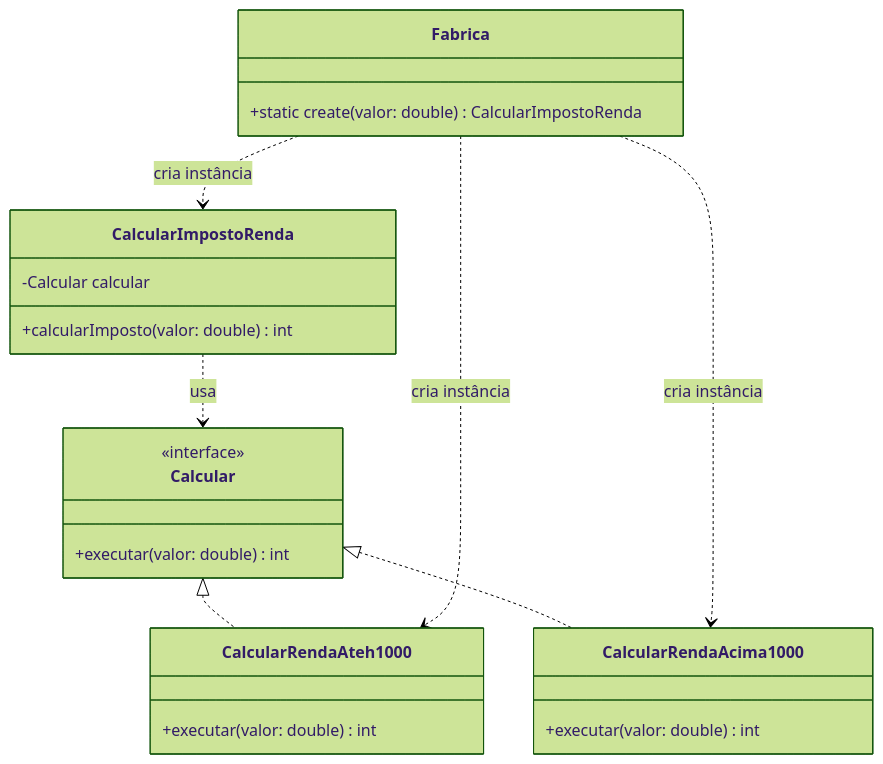
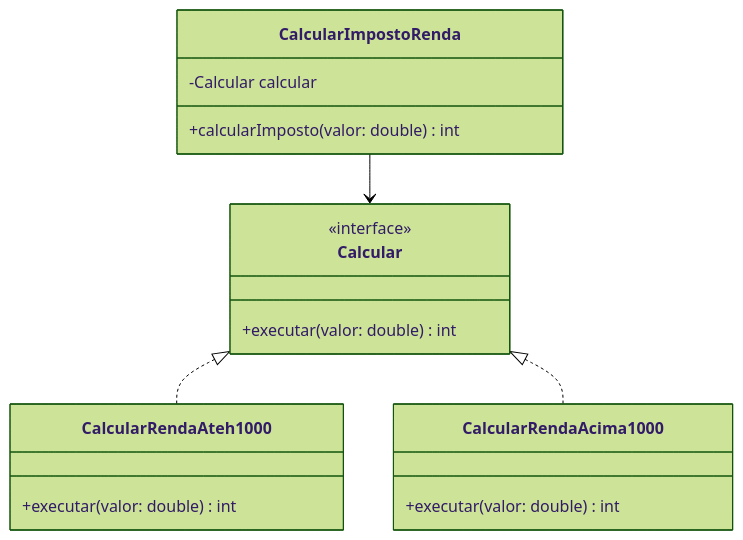
Before and after one commit to paulossjunior/auladesignpattern: the first of 2 diagrams in designpatterns-behavioural.md, drawn with Mermaid (forest theme). The commit also changed other lines of this file, not shown here.

````diff
--- a/designpatterns-behavioural.md
+++ b/designpatterns-behavioural.md
@@ -119,37 +137,20 @@
 ```mermaid
 classDiagram
-    %% Interface Calcular - Define o método de cálculo
     class Calcular {
         <<interface>>
         +executar(valor: double) int
     }
-
-    %% Classe CalcularRendaAteh1000 - Implementa Calcular para valores até 1000 com taxa de 10%
     class CalcularRendaAteh1000 {
         +executar(valor: double) int
     }
-    Calcular <|.. CalcularRendaAteh1000
-
-    %% Classe CalcularRendaAcima1000 - Implementa Calcular para valores acima de 1000 com taxa de 20%
     class CalcularRendaAcima1000 {
         +executar(valor: double) int
     }
-    Calcular <|.. CalcularRendaAcima1000
-
-    %% Classe CalcularImpostoRenda - Utiliza Calcular para calcular o imposto de renda
     class CalcularImpostoRenda {
         -Calcular calcular
         +calcularImposto(valor: double) int
     }
-    CalcularImpostoRenda ..> Calcular : usa
-
-    %% Classe Fabrica - Cria a instância apropriada de CalcularImpostoRenda com base no valor
-    class Fabrica {
-        +static create(valor: double) CalcularImpostoRenda
-    }
-    Fabrica ..> CalcularImpostoRenda : cria instância
-    Fabrica ..> CalcularRendaAteh1000 : cria instância
-    Fabrica ..> CalcularRendaAcima1000 : cria instância
-
-
+    Calcular <|.. CalcularRendaAteh1000
+    Calcular <|.. CalcularRendaAcima1000
+    CalcularImpostoRenda --> Calcular
 ```
````
